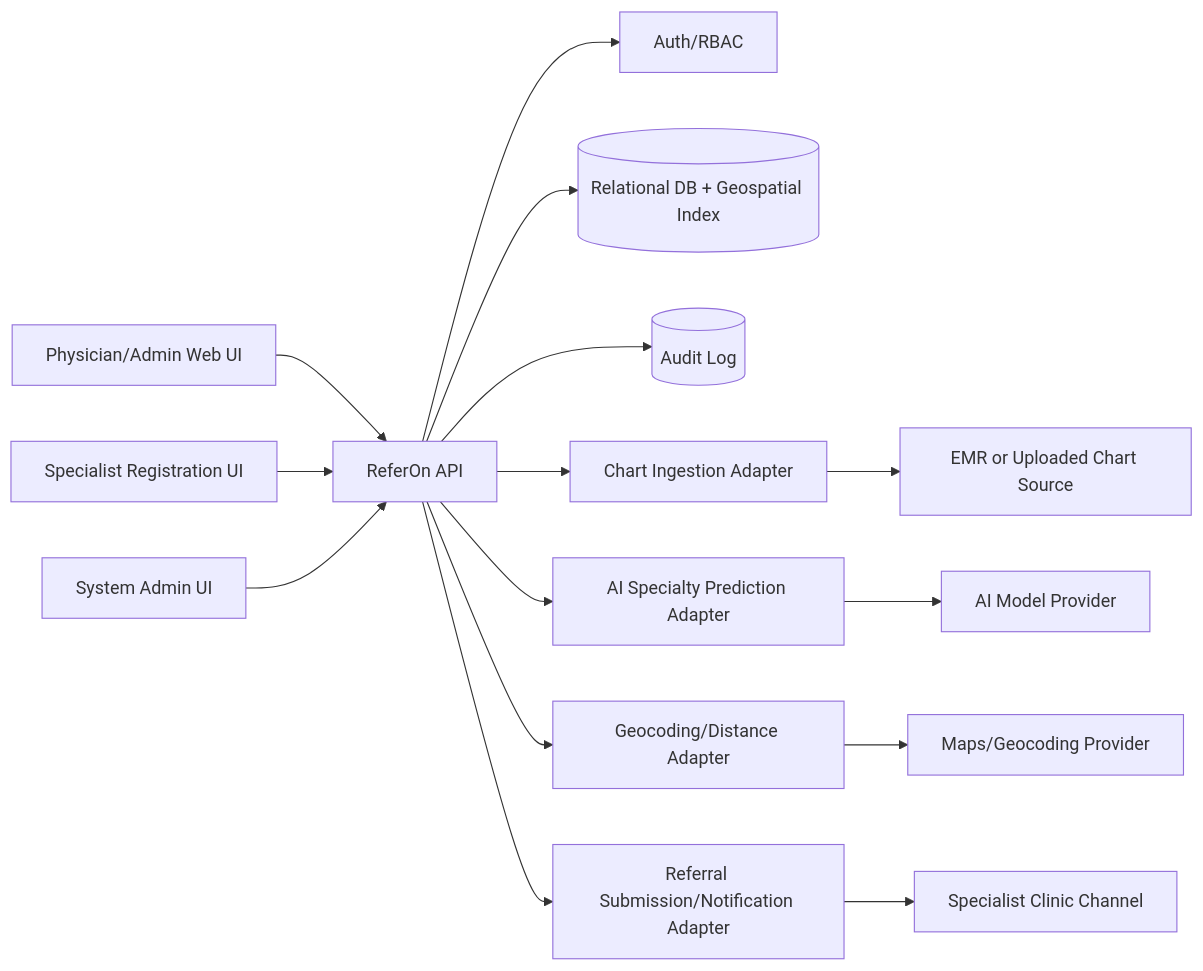
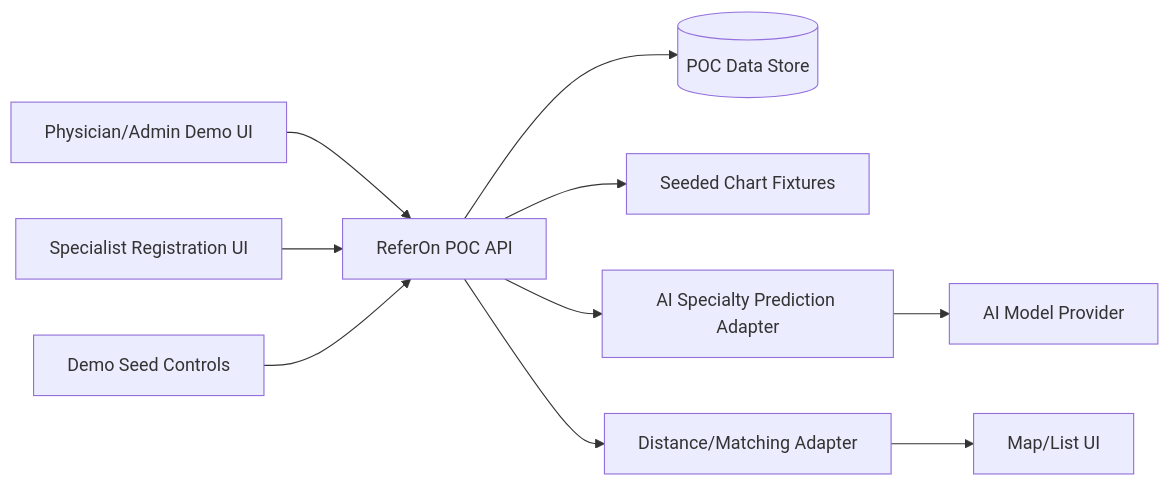
One commit to sightsontheheights/ReferOn changed the first of 3 diagrams in docs/master-document.md. Above: the diagram before and after it, drawn with Mermaid. The commit also changed other lines of this file, not shown here.

Commit message:
docs: scope master document to POC v0.2

````diff
--- a/docs/master-document.md
+++ b/docs/master-document.md
@@ -211,19 +232,14 @@
 ```mermaid
 flowchart LR
-  Clinician["Physician/Admin Web UI"] --> API["ReferOn API"]
+  Clinician["Physician/Admin Demo UI"] --> API["ReferOn POC API"]
   Specialist["Specialist Registration UI"] --> API
-  SysAdmin["System Admin UI"] --> API
+  Demo["Demo Seed Controls"] --> API
 
-  API --> Auth["Auth/RBAC"]
-  API --> DB[("Relational DB + Geospatial Index")]
-  API --> Audit[("Audit Log")]
-  API --> Chart["Chart Ingestion Adapter"]
+  API --> Store[("POC Data Store")]
+  API --> Chart["Seeded Chart Fixtures"]
   API --> AI["AI Specialty Prediction Adapter"]
-  API --> Geo["Geocoding/Distance Adapter"]
-  API --> Notify["Referral Submission/Notification Adapter"]
+  API --> Geo["Distance/Matching Adapter"]
 
-  Chart --> EMR["EMR or Uploaded Chart Source"]
   AI --> Model["AI Model Provider"]
-  Geo --> Maps["Maps/Geocoding Provider"]
-  Notify --> External["Specialist Clinic Channel"]
+  Geo --> Map["Map/List UI"]
 ```
````
